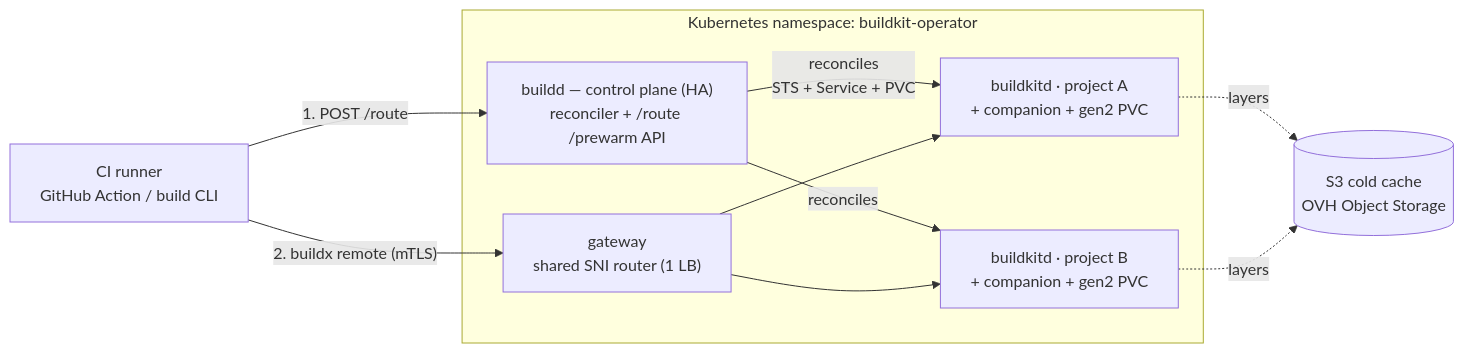
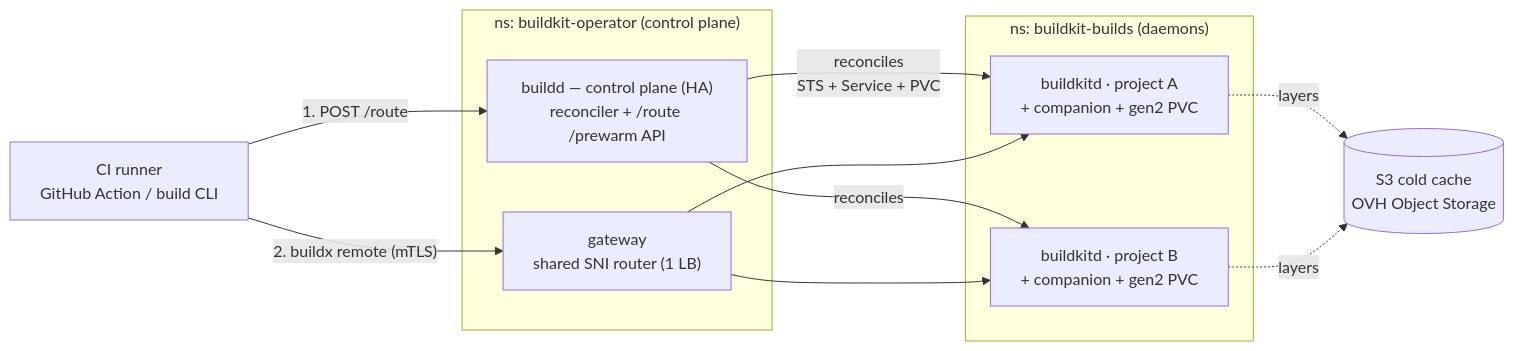
Before and after one commit to SocialGouv/buildkit-operator: the first of 5 diagrams in README.md, drawn with Mermaid. The commit also changed other lines of this file and 5 other files, not shown here.

First line of the commit message:
docs: align all docs with the 3-namespace topology + correct chart values

````diff
--- a/README.md
+++ b/README.md
@@ -56,19 +56,21 @@
 ```mermaid
 flowchart LR
     ci["CI runner<br/>GitHub Action / build CLI"]
     s3[("S3 cold cache<br/>OVH Object Storage")]
-    subgraph ns["Kubernetes namespace: buildkit-operator"]
+    subgraph op["ns: buildkit-operator (control plane)"]
         buildd["buildd — control plane (HA)<br/>reconciler + /route /prewarm API"]
         gw["gateway<br/>shared SNI router (1 LB)"]
+    end
+    subgraph builds["ns: buildkit-builds (daemons)"]
         da["buildkitd · project A<br/>+ companion + gen2 PVC"]
         db["buildkitd · project B<br/>+ companion + gen2 PVC"]
-        buildd -- "reconciles<br/>STS + Service + PVC" --> da
-        buildd -- reconciles --> db
-        gw --> da
-        gw --> db
     end
+    buildd -- "reconciles<br/>STS + Service + PVC" --> da
+    buildd -- reconciles --> db
+    gw --> da
+    gw --> db
     ci -- "1. POST /route" --> buildd
     ci -- "2. buildx remote (mTLS)" --> gw
     da -. "layers" .-> s3
     db -. "layers" .-> s3
 ```
````
